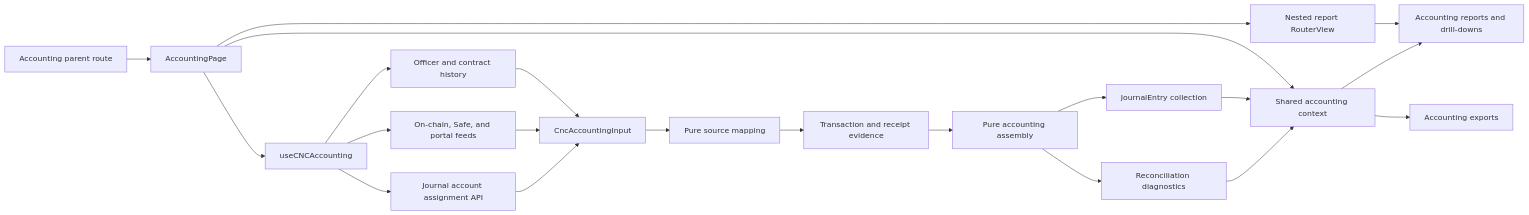
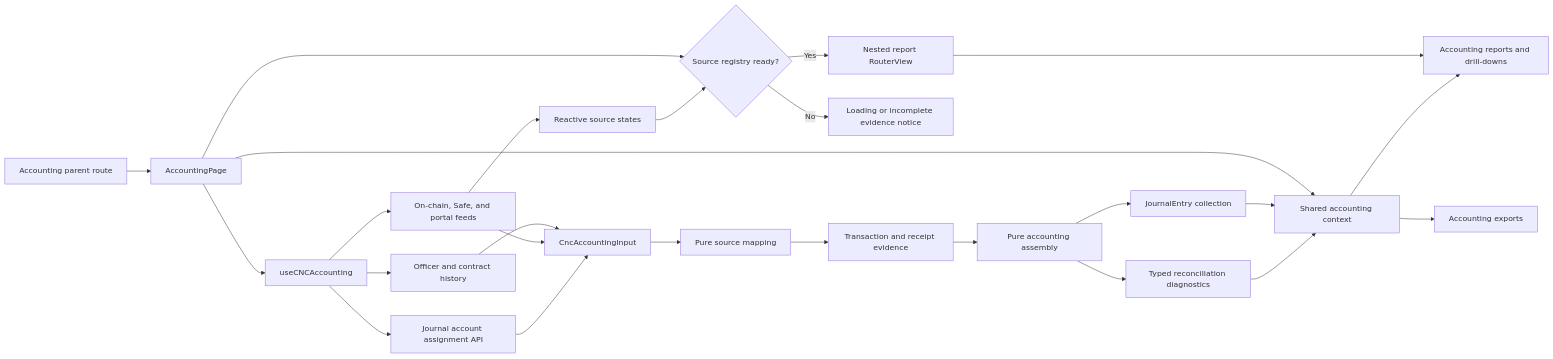
The first of 5 diagrams in docs/implementation/accounting-read-model/README.md (globe-and-citizen/cnc-portal), drawn with Mermaid before and after one commit. The commit also changed other lines of this file and 3 other files, not shown here.

````diff
--- a/docs/implementation/accounting-read-model/README.md
+++ b/docs/implementation/accounting-read-model/README.md
@@ -18,23 +18,27 @@
 ```mermaid
 flowchart LR
     route[Accounting parent route] --> page[AccountingPage]
     page --> context[Shared accounting context]
     page --> dataLayer[useCNCAccounting]
-    page --> outlet[Nested report RouterView]
+    page --> gate{Source registry ready?}
+    gate -->|Yes| outlet[Nested report RouterView]
+    gate -->|No| diagnosticsUi[Loading or incomplete evidence notice]
     dataLayer --> history[Officer and contract history]
     dataLayer --> feeds[On-chain, Safe, and portal feeds]
     dataLayer --> assignments[Journal account assignment API]
     history --> input[CncAccountingInput]
     feeds --> input
     assignments --> input
     input --> mapped[Pure source mapping]
     mapped --> evidence[Transaction and receipt evidence]
     evidence --> assembly[Pure accounting assembly]
     assembly --> journal[JournalEntry collection]
-    assembly --> diagnostics[Reconciliation diagnostics]
+    feeds --> sourceStatus[Reactive source states]
+    sourceStatus --> gate
+    assembly --> diagnostics[Typed reconciliation diagnostics]
     journal --> context
     diagnostics --> context
     outlet --> reports[Accounting reports and drill-downs]
     context --> reports
     context --> exports[Accounting exports]
 ```
````
